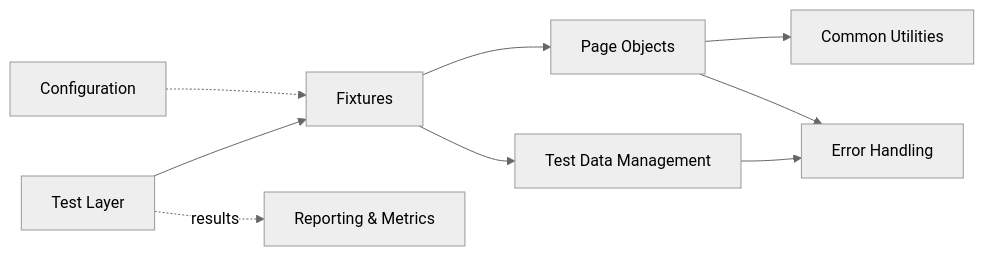
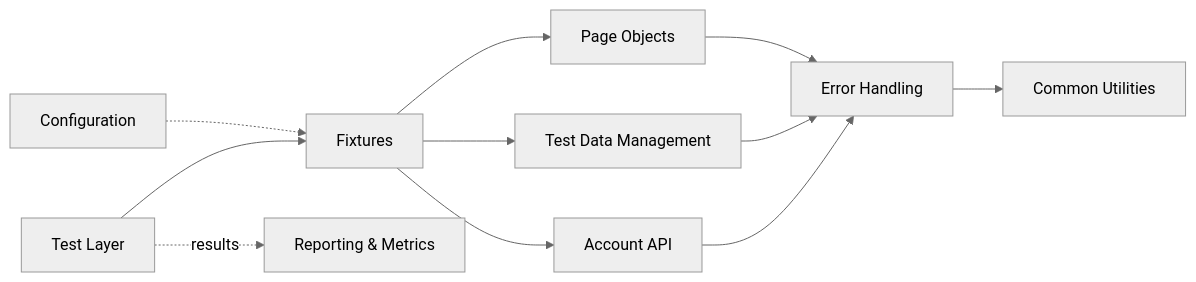
Before and after one commit to lisethportuguez/sqaf-playwright: the diagram in README.md, drawn with Mermaid (neutral theme). The commit also changed other lines of this file and 11 other files, not shown here.

````diff
--- a/README.md
+++ b/README.md
@@ -36,11 +36,13 @@
 ```mermaid
 flowchart LR
     CFG[Configuration] -.-> FX
     T[Test Layer] --> FX[Fixtures]
     FX --> PO[Page Objects]
     FX --> TDM[Test Data Management]
-    PO --> U[Common Utilities]
+    FX --> API[Account API]
     PO --> E[Error Handling]
     TDM --> E
+    API --> E
+    E --> U[Common Utilities]
     T -. results .-> R[Reporting & Metrics]
 ```
````
